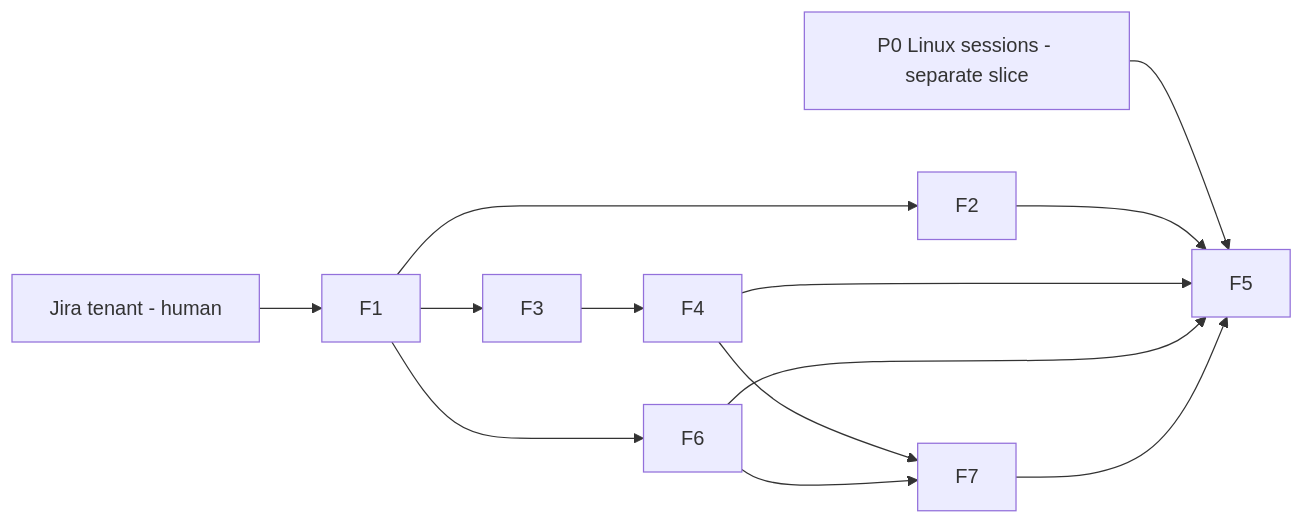
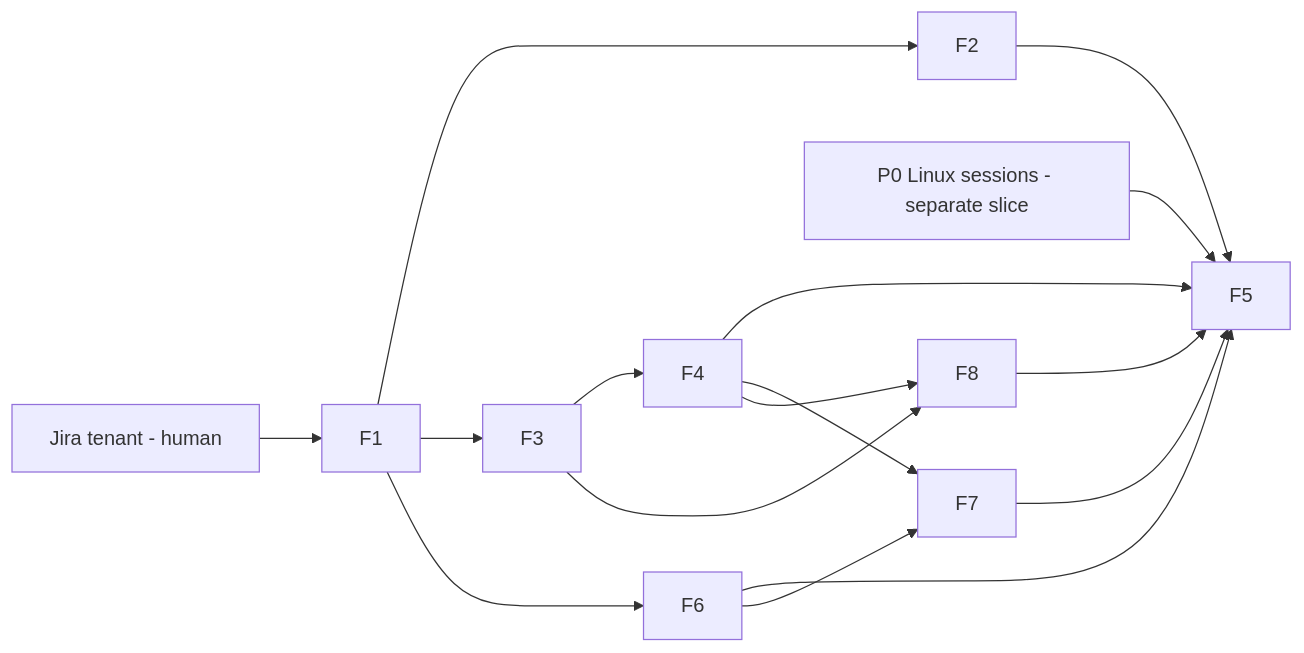
One commit to sensei-hq/sensei changed the diagram in docs/plans/2026-10-15-tracker-jira-linkage.md. Above: the diagram before and after it, drawn with Mermaid. The commit also changed other lines of this file and 2 other files, not shown here.

````diff
--- a/docs/plans/2026-10-15-tracker-jira-linkage.md
+++ b/docs/plans/2026-10-15-tracker-jira-linkage.md
@@ -118,14 +130,17 @@
 ```mermaid
 graph LR
   T[Jira tenant - human] --> F1
   F1 --> F2
   F1 --> F3 --> F4
   P0[P0 Linux sessions - separate slice] --> F5
   F2 --> F5
   F4 --> F5
   F1 --> F6
   F6 --> F5
   F4 --> F7
   F6 --> F7
   F7 --> F5
+  F3 --> F8
+  F4 --> F8
+  F8 --> F5
 ```
````
